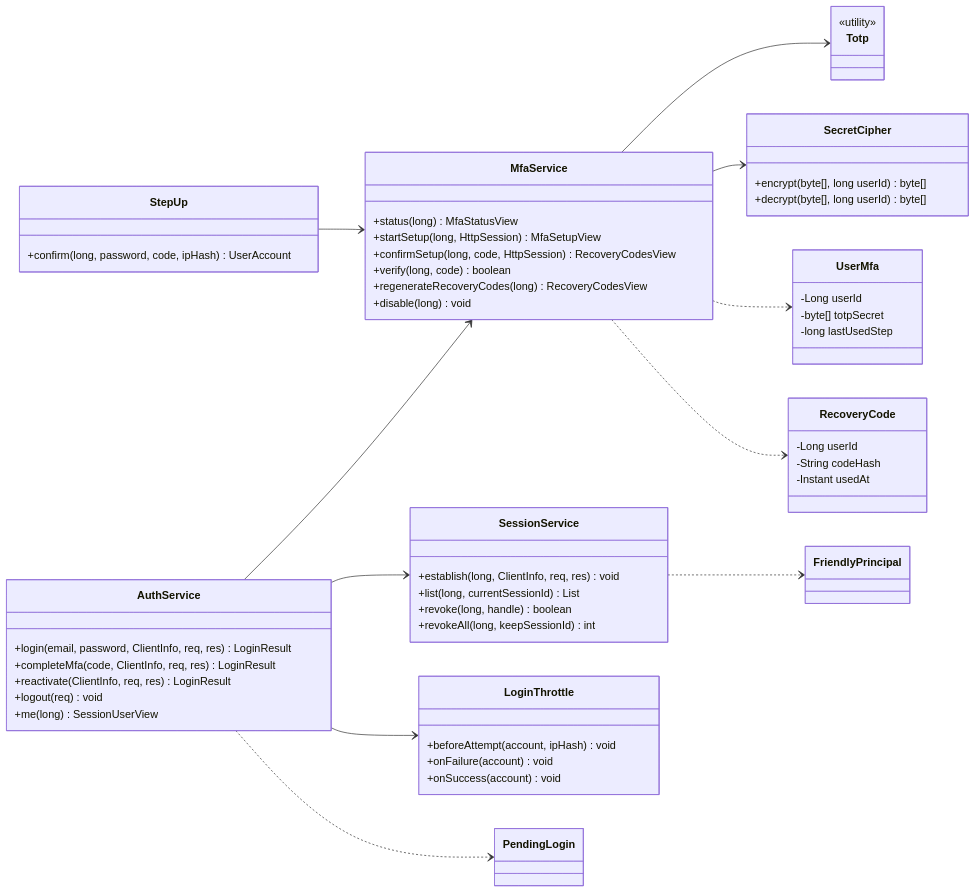
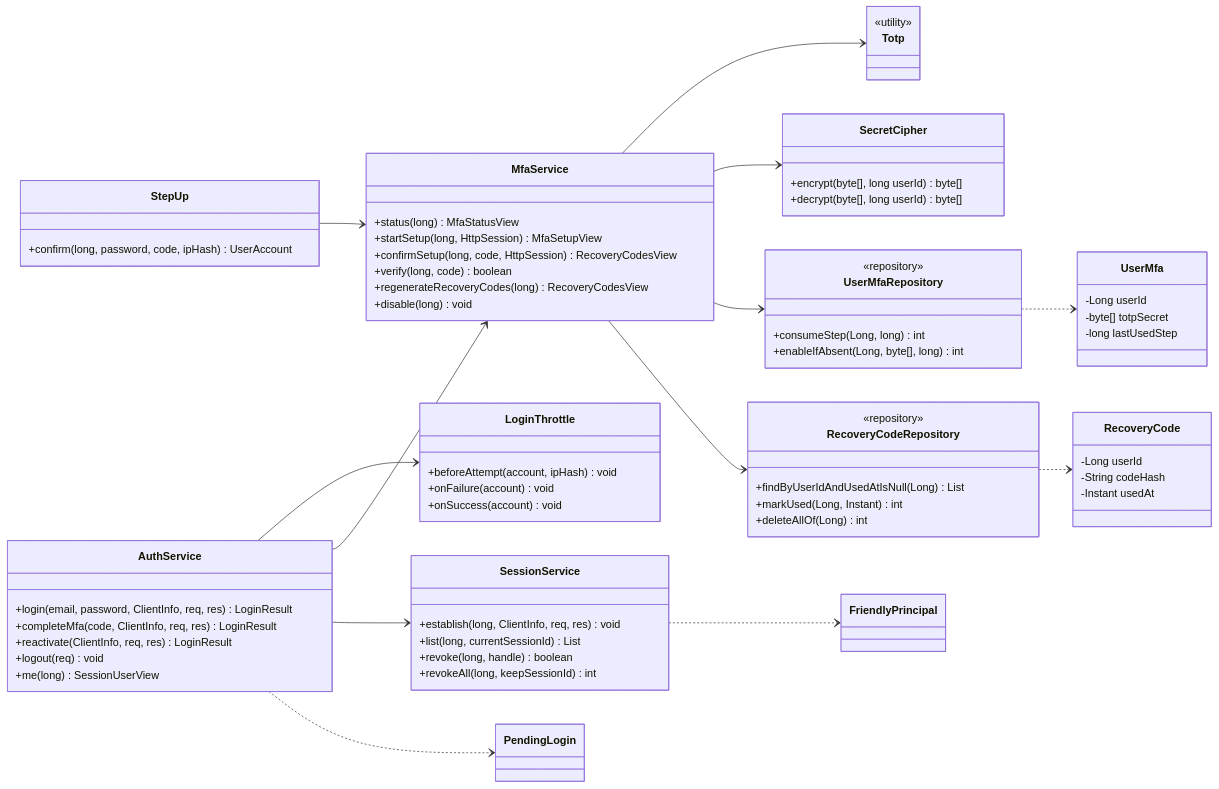
One commit to MatheusHaliski/Friendly-Eats changed the diagram in docs/RF4/classes.md. Above: the diagram before and after it, drawn with Mermaid. The commit also changed 8 other files, not shown here.

````diff
--- a/docs/RF4/classes.md
+++ b/docs/RF4/classes.md
@@ -3,62 +3,75 @@
 ```mermaid
 classDiagram
     direction LR
     class AuthService {
         +login(email, password, ClientInfo, req, res) LoginResult
         +completeMfa(code, ClientInfo, req, res) LoginResult
         +reactivate(ClientInfo, req, res) LoginResult
         +logout(req) void
         +me(long) SessionUserView
     }
     class MfaService {
         +status(long) MfaStatusView
         +startSetup(long, HttpSession) MfaSetupView
         +confirmSetup(long, code, HttpSession) RecoveryCodesView
         +verify(long, code) boolean
         +regenerateRecoveryCodes(long) RecoveryCodesView
         +disable(long) void
     }
     class StepUp {
         +confirm(long, password, code, ipHash) UserAccount
     }
     class SessionService {
         +establish(long, ClientInfo, req, res) void
         +list(long, currentSessionId) List
         +revoke(long, handle) boolean
         +revokeAll(long, keepSessionId) int
     }
     class LoginThrottle {
         +beforeAttempt(account, ipHash) void
         +onFailure(account) void
         +onSuccess(account) void
     }
     class Totp {
         <<utility>>
     }
     class SecretCipher {
         +encrypt(byte[], long userId) byte[]
         +decrypt(byte[], long userId) byte[]
     }
     class PendingLogin
     class FriendlyPrincipal
     class UserMfa {
         -Long userId
         -byte[] totpSecret
         -long lastUsedStep
     }
     class RecoveryCode {
         -Long userId
         -String codeHash
         -Instant usedAt
     }
+    class UserMfaRepository {
+        <<repository>>
+        +consumeStep(Long, long) int
+        +enableIfAbsent(Long, byte[], long) int
+    }
+    class RecoveryCodeRepository {
+        <<repository>>
+        +findByUserIdAndUsedAtIsNull(Long) List
+        +markUsed(Long, Instant) int
+        +deleteAllOf(Long) int
+    }
     AuthService --> LoginThrottle
     AuthService --> MfaService
     AuthService --> SessionService
     AuthService ..> PendingLogin
     SessionService ..> FriendlyPrincipal
     MfaService --> Totp
     MfaService --> SecretCipher
-    MfaService ..> UserMfa
-    MfaService ..> RecoveryCode
+    MfaService --> UserMfaRepository
+    MfaService --> RecoveryCodeRepository
+    UserMfaRepository ..> UserMfa
+    RecoveryCodeRepository ..> RecoveryCode
     StepUp --> MfaService
 ```
````
